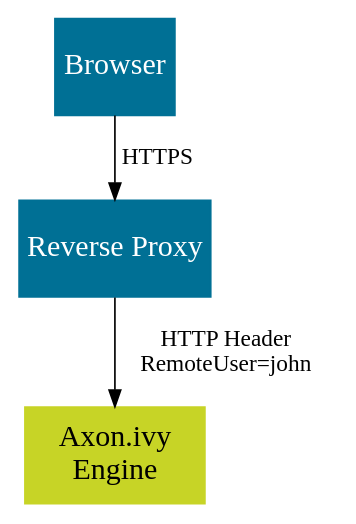
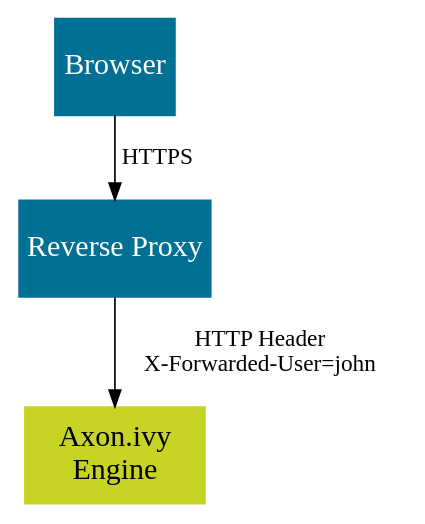
Before and after one commit to bernhardAxonIvy/doc: the diagram in source/engine-guide/integration/single-sign-on/overview.dot, drawn with Graphviz. The commit also changed 2 other files, not shown here.

Commit message:
XIVY-5442 Use X-Forwarded-User as SSO user header

```diff
--- a/source/engine-guide/integration/single-sign-on/overview.dot
+++ b/source/engine-guide/integration/single-sign-on/overview.dot
@@ -1,19 +1,19 @@
 
 digraph overview {
   node [
     shape=box, 
     style=filled,
     margin=0 width=2 height=0.8
     fontcolor="white",    
     color="#007095",
     fixedsize=true,
     fontsize=18
   ];
 
   browser [ label="Browser", pos = "0,3!", width=1];
   reverseproxy [ label="Reverse Proxy",pos = "3.5,3!" width=1.6]; 
   engine [label="Axon.ivy\nEngine", pos="7,3!", width="1.5", color="#C7D426", fontcolor="black"];
   
   browser -> reverseproxy [ label="HTTPS"];
-  reverseproxy -> engine [ label="HTTP Header\nRemoteUser=john"];
+  reverseproxy -> engine [ label="HTTP Header\nX-Forwarded-User=john"];
 }
```
